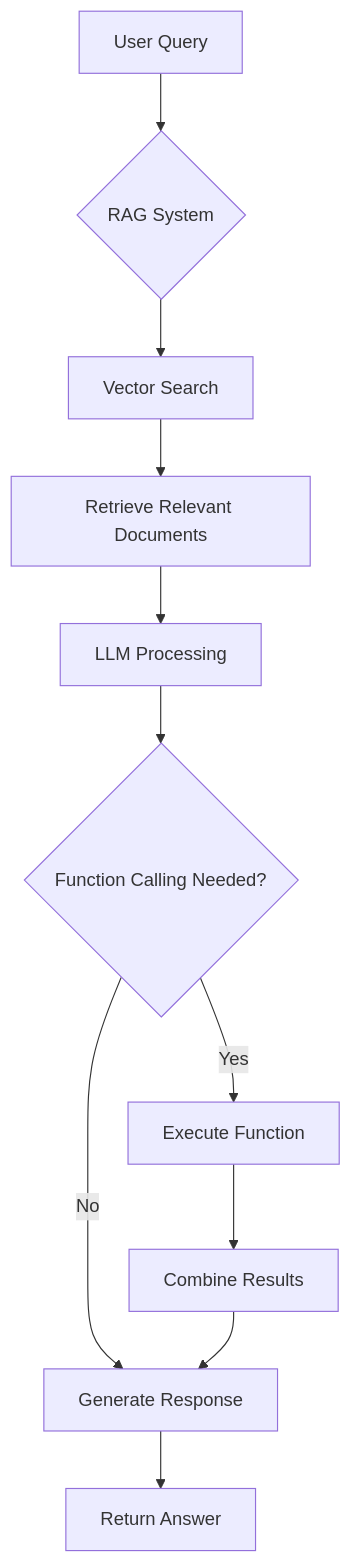
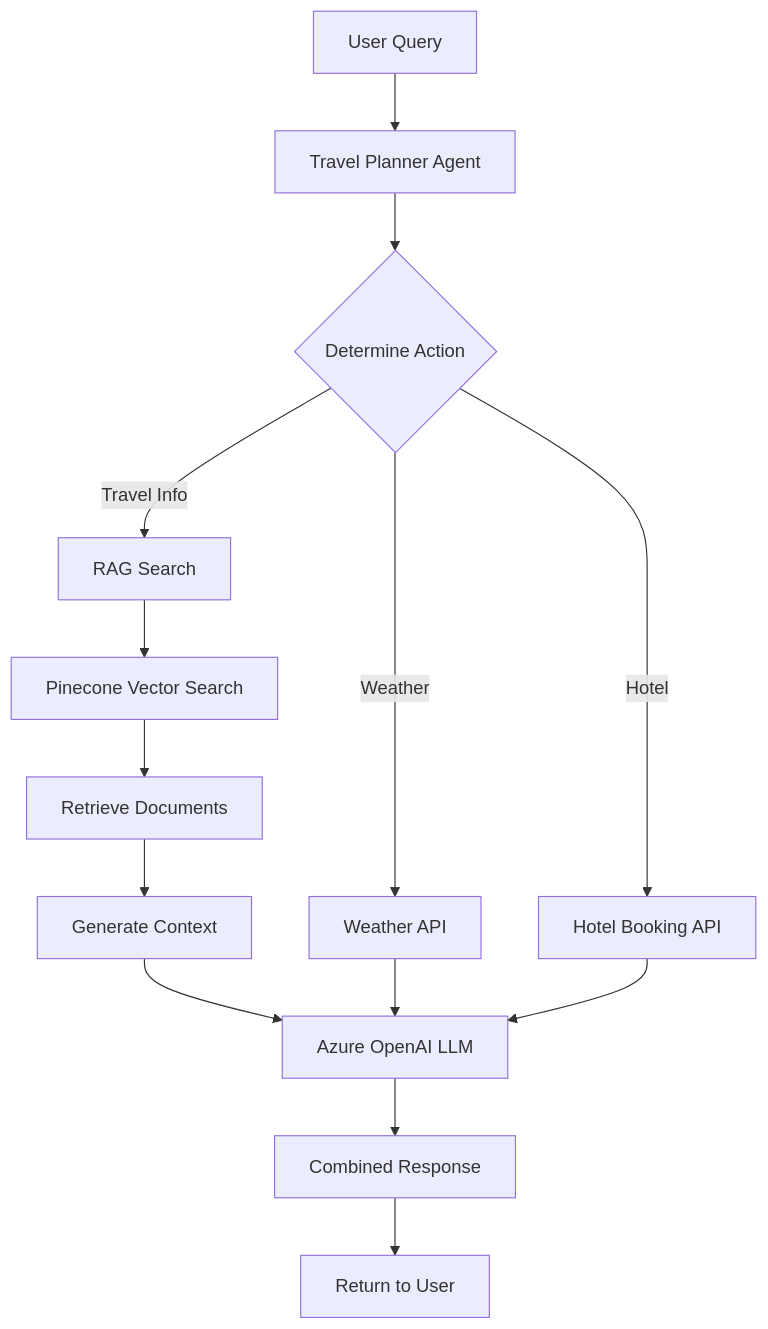
The diagram in README.md (Elevate-AI-Room-7/workshop-final), drawn with Mermaid before and after one commit. The commit also changed other lines of this file, not shown here.

````diff
--- a/README.md
+++ b/README.md
@@ -188,13 +162,16 @@
 ```mermaid
 graph TD
-    A[User Query] --> B{RAG System}
-    B --> C[Vector Search]
-    C --> D[Retrieve Relevant Documents]
-    D --> E[LLM Processing]
-    E --> F{Function Calling Needed?}
-    F -->|Yes| G[Execute Function]
-    G --> H[Combine Results]
-    F -->|No| I[Generate Response]
-    H --> I
-    I --> J[Return Answer]
+    A[User Query] --> B[Travel Planner Agent]
+    B --> C{Determine Action}
+    C -->|Travel Info| D[RAG Search]
+    C -->|Weather| E[Weather API]
+    C -->|Hotel| F[Hotel Booking API]
+    D --> G[Pinecone Vector Search]
+    G --> H[Retrieve Documents]
+    H --> I[Generate Context]
+    I --> J[Azure OpenAI LLM]
+    E --> J
+    F --> J
+    J --> K[Combined Response]
+    K --> L[Return to User]
 ```
````
